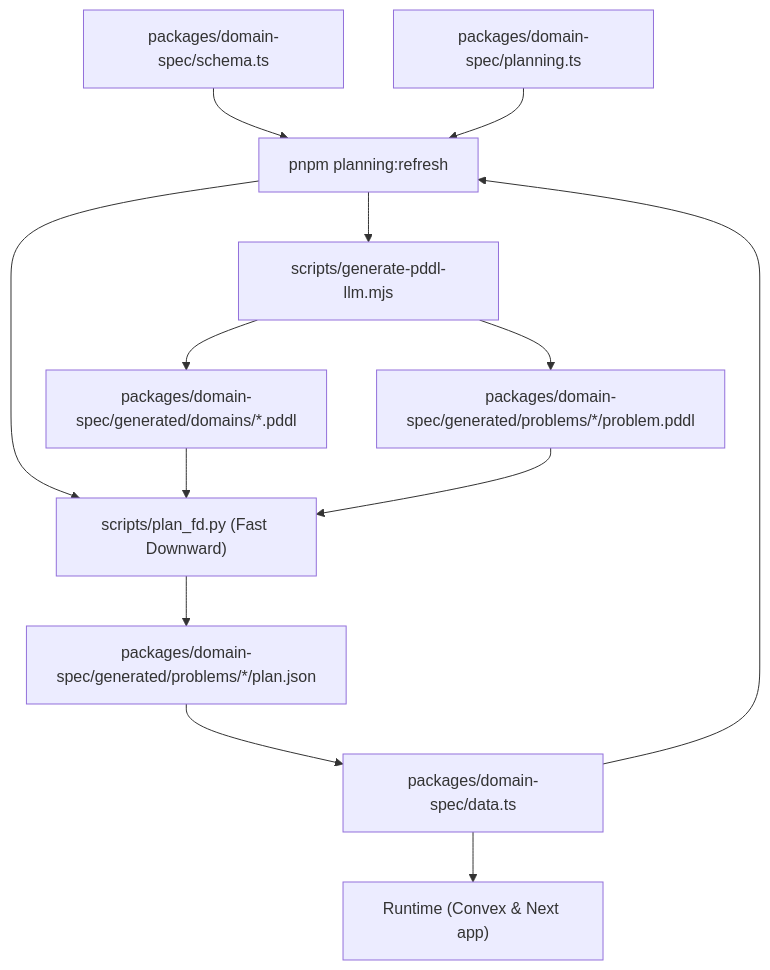
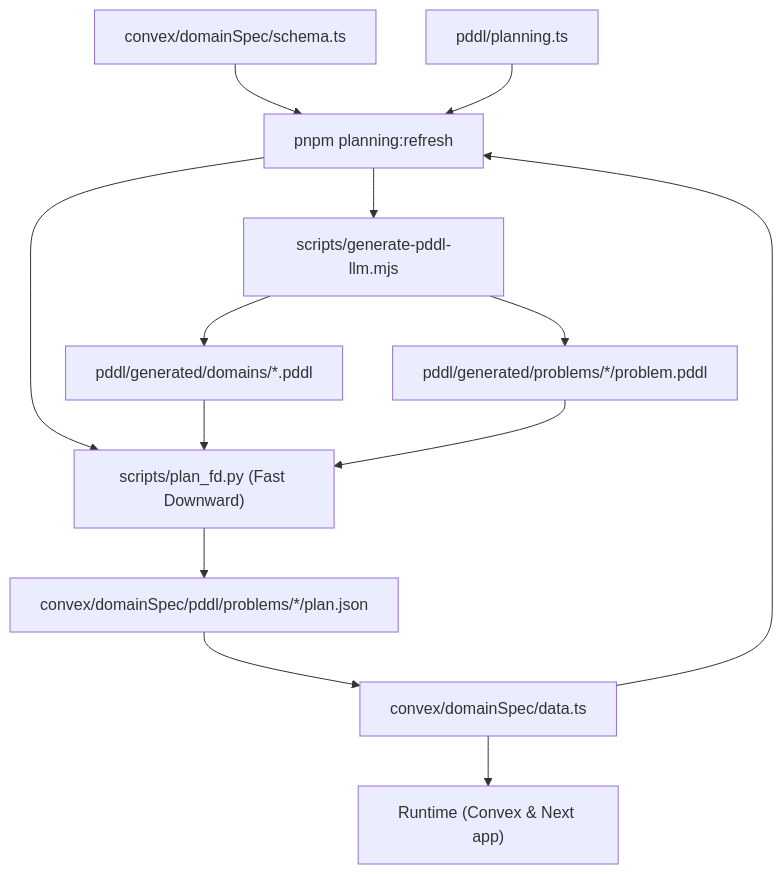
One commit to s33dunda/RogueNode changed the diagram in docs/ssot/planning-workflow.md. Above: the diagram before and after it, drawn with Mermaid. The commit also changed other lines of this file and 45 other files, not shown here.

````diff
--- a/docs/ssot/planning-workflow.md
+++ b/docs/ssot/planning-workflow.md
@@ -3,15 +3,15 @@
 ```mermaid
 graph TD
-    A["packages/domain-spec/schema.ts"] --> trigger
-    B["packages/domain-spec/data.ts"] --> trigger
-    D["packages/domain-spec/planning.ts"] --> trigger
+    A["convex/domainSpec/schema.ts"] --> trigger
+    B["convex/domainSpec/data.ts"] --> trigger
+    D["pddl/planning.ts"] --> trigger
     trigger["pnpm planning:refresh"] --> E["scripts/generate-pddl-llm.mjs"]
     trigger --> I["scripts/plan_fd.py (Fast Downward)"]
-    E --> G["packages/domain-spec/generated/domains/*.pddl"]
-    E --> H["packages/domain-spec/generated/problems/*/problem.pddl"]
+    E --> G["pddl/generated/domains/*.pddl"]
+    E --> H["pddl/generated/problems/*/problem.pddl"]
     G --> I
     H --> I
-    I --> J["packages/domain-spec/generated/problems/*/plan.json"]
+    I --> J["convex/domainSpec/pddl/problems/*/plan.json"]
     J --> B
     B --> C["Runtime (Convex & Next app)"]
 ```
````
